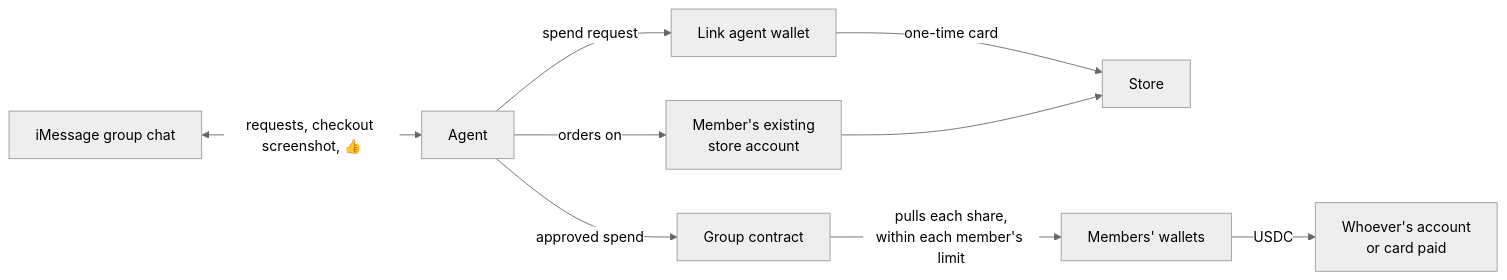
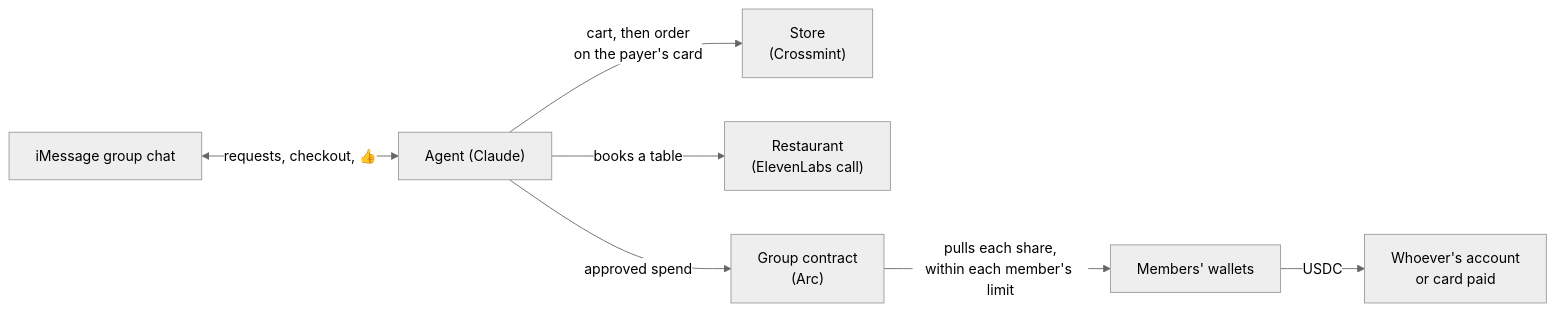
Before and after one commit to siyasiyasiya/ubc2026: the diagram in README.md, drawn with Mermaid (neutral theme). The commit also changed other lines of this file, not shown here.

First line of the commit message:
docs(readme): what works today, real pay-before and pay-after flows, run steps

````diff
--- a/README.md
+++ b/README.md
@@ -58,11 +77,9 @@
 ```mermaid
 flowchart LR
-    Chat["iMessage group chat"] <-->|requests, checkout screenshot, 👍| Agent["Agent"]
-    Agent -->|orders on| Account["Member's existing<br/>store account"]
-    Agent -->|spend request| Link["Link agent wallet"]
-    Link -->|one-time card| Store["Store"]
-    Account --> Store
-    Agent -->|approved spend| Contract["Group contract"]
+    Chat["iMessage group chat"] <-->|requests, checkout, 👍| Agent["Agent (Claude)"]
+    Agent -->|cart, then order<br/>on the payer's card| Store["Store<br/>(Crossmint)"]
+    Agent -->|books a table| Phone["Restaurant<br/>(ElevenLabs call)"]
+    Agent -->|approved spend| Contract["Group contract<br/>(Arc)"]
     Contract -->|pulls each share,<br/>within each member's limit| Wallets["Members' wallets"]
     Wallets -->|USDC| Payer["Whoever's account<br/>or card paid"]
 ```
````
